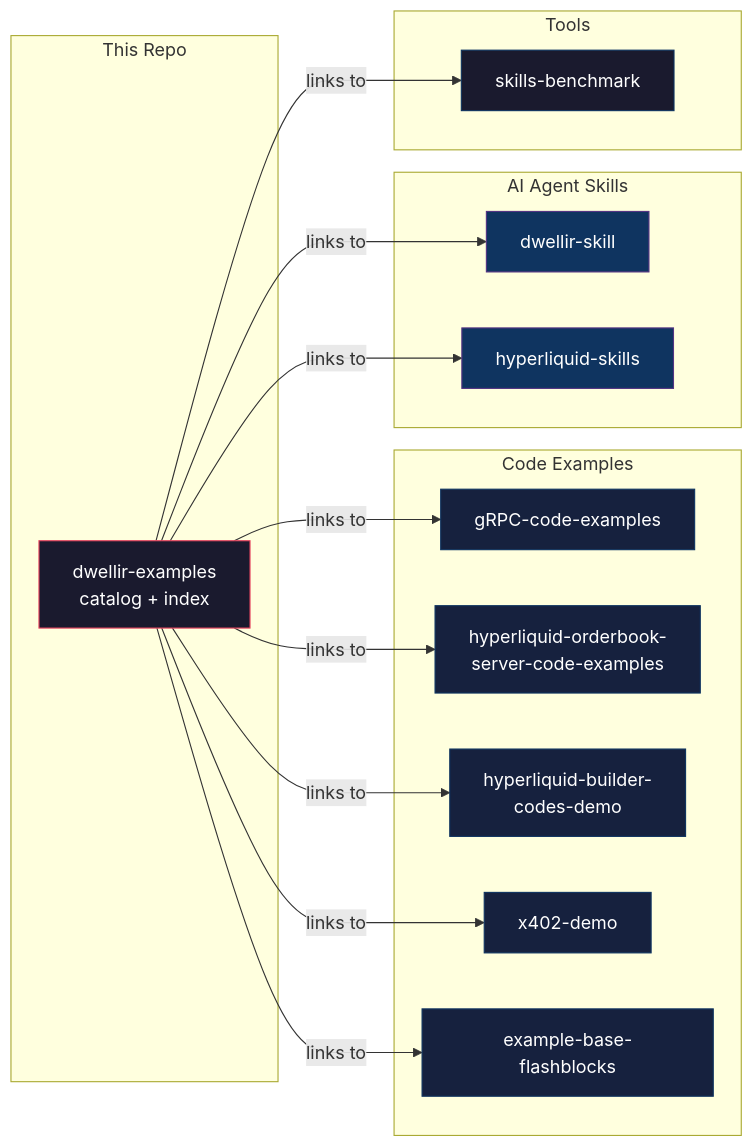
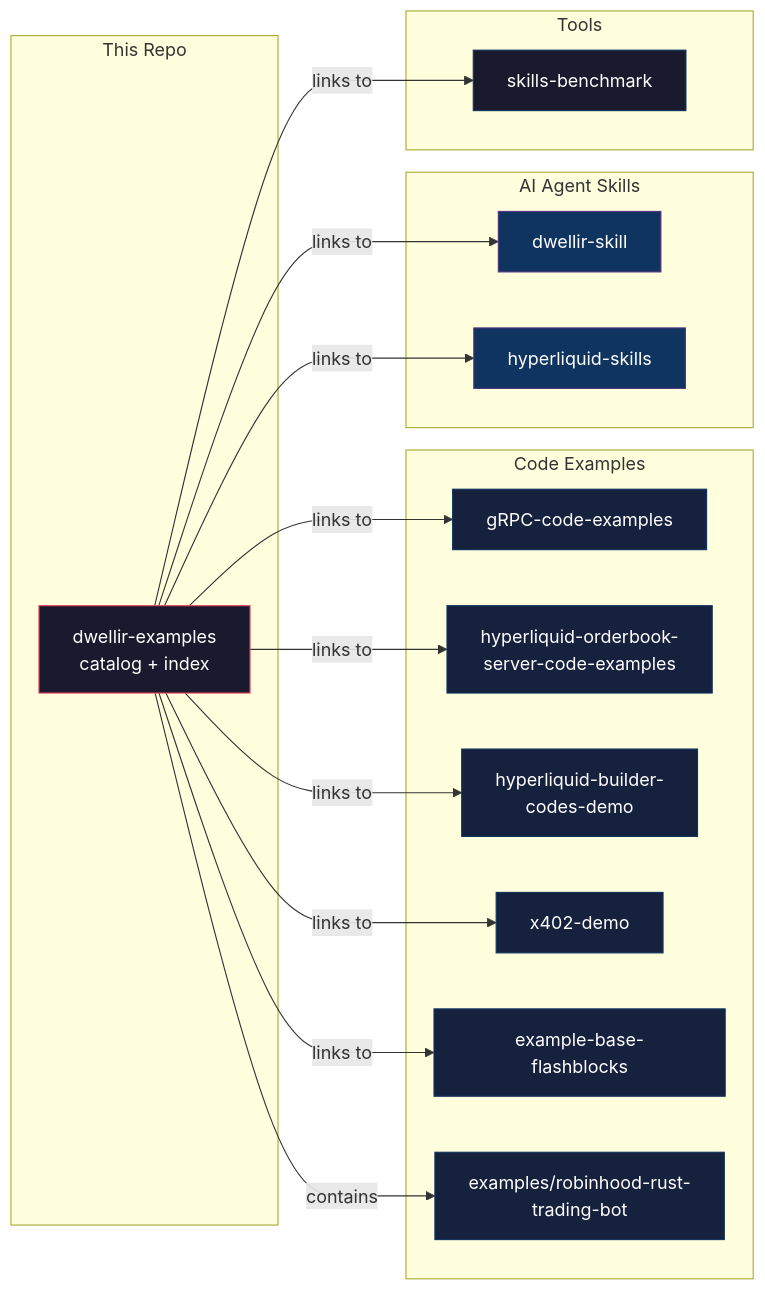
One commit to dwellir-public/dwellir-examples changed the diagram in README.md. Above: the diagram before and after it, drawn with Mermaid. The commit also changed other lines of this file and 8 other files, not shown here.

First line of the commit message:
Add Robinhood Chain Rust trading bot example

````diff
--- a/README.md
+++ b/README.md
@@ -46,37 +47,40 @@
 ```mermaid
 graph LR
     subgraph This Repo
         CAT[dwellir-examples<br/>catalog + index]
     end
 
     subgraph Code Examples
         E1[gRPC-code-examples]
         E2[hyperliquid-orderbook-<br/>server-code-examples]
         E3[hyperliquid-builder-<br/>codes-demo]
         E4[x402-demo]
         E5[example-base-flashblocks]
+        E6[examples/robinhood-rust-<br/>trading-bot]
     end
 
     subgraph AI Agent Skills
         S1[dwellir-skill]
         S2[hyperliquid-skills]
     end
 
     subgraph Tools
         T1[skills-benchmark]
     end
 
     CAT -->|links to| E1 & E2 & E3 & E4 & E5
+    CAT -->|contains| E6
     CAT -->|links to| S1 & S2
     CAT -->|links to| T1
 
     style CAT fill:#1a1a2e,stroke:#e94560,color:#fff
     style E1 fill:#16213e,stroke:#0f3460,color:#fff
     style E2 fill:#16213e,stroke:#0f3460,color:#fff
     style E3 fill:#16213e,stroke:#0f3460,color:#fff
     style E4 fill:#16213e,stroke:#0f3460,color:#fff
     style E5 fill:#16213e,stroke:#0f3460,color:#fff
+    style E6 fill:#16213e,stroke:#0f3460,color:#fff
     style S1 fill:#0f3460,stroke:#533483,color:#fff
     style S2 fill:#0f3460,stroke:#533483,color:#fff
     style T1 fill:#1a1a2e,stroke:#0f3460,color:#fff
 ```
````
